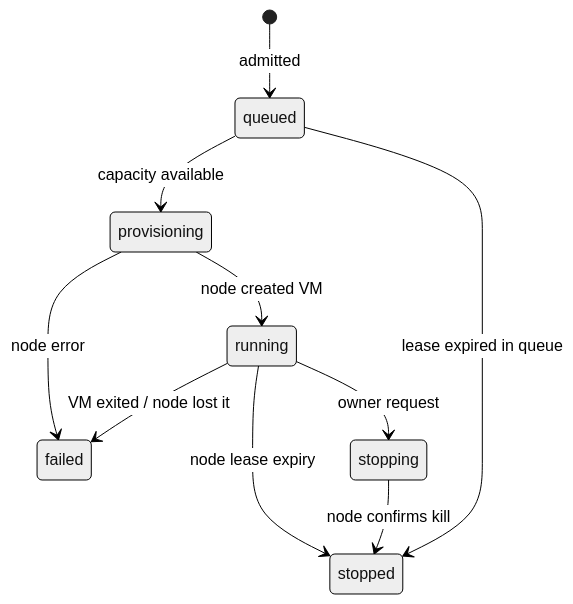
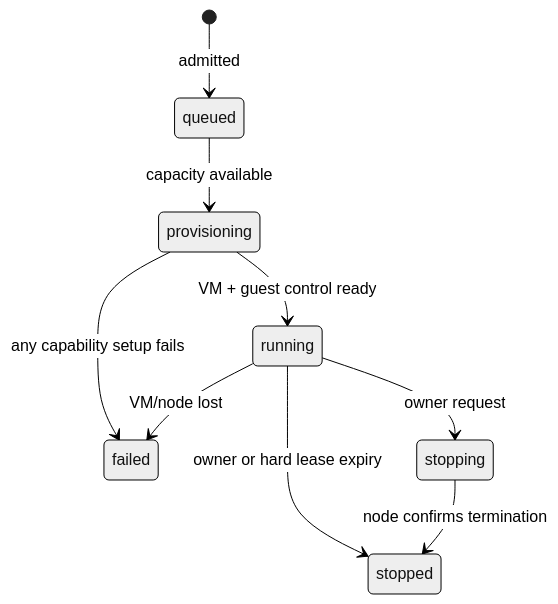
Before and after one commit to bloom-directory/bloom-workspaces: the second of 2 diagrams in docs/architecture.md, drawn with Mermaid (neutral theme). The commit also changed other lines of this file and 105 other files, not shown here.

````diff
--- a/docs/architecture.md
+++ b/docs/architecture.md
@@ -46,12 +37,11 @@
 ```mermaid
 stateDiagram-v2
   [*] --> queued: admitted
   queued --> provisioning: capacity available
-  provisioning --> running: node created VM
-  provisioning --> failed: node error
+  provisioning --> running: VM + guest control ready
+  provisioning --> failed: any capability setup fails
   running --> stopping: owner request
-  running --> stopped: node lease expiry
-  running --> failed: VM exited / node lost it
-  stopping --> stopped: node confirms kill
-  queued --> stopped: lease expired in queue
+  running --> stopped: owner or hard lease expiry
+  running --> failed: VM/node lost
+  stopping --> stopped: node confirms termination
 ```
````
